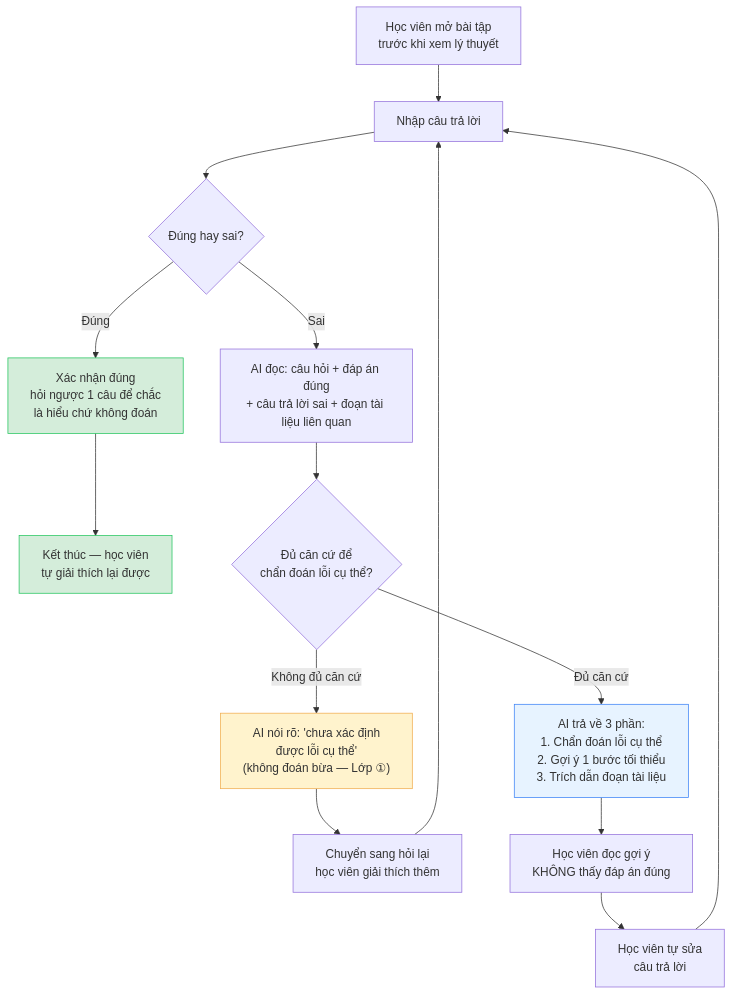
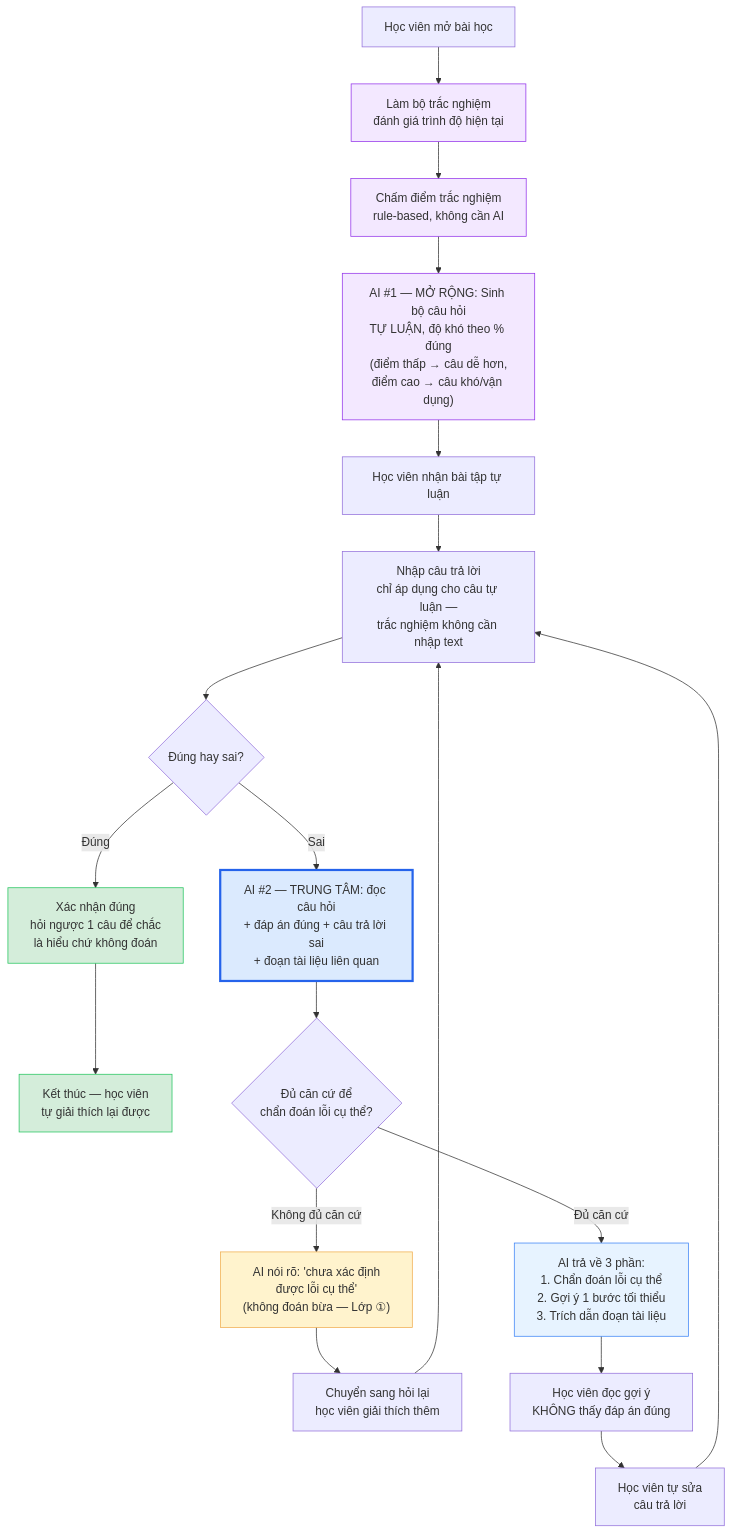
Before and after one commit to longka7/K4-3A-E403-4Idiots: the diagram in codebase/flow-diagram.md, drawn with Mermaid. The commit also changed other lines of this file and 1 other file, not shown here.

````diff
--- a/codebase/flow-diagram.md
+++ b/codebase/flow-diagram.md
@@ -7,25 +9,34 @@
 ```mermaid
 flowchart TD
-    A[Học viên mở bài tập<br/>trước khi xem lý thuyết] --> B[Nhập câu trả lời]
+    A0[Học viên mở bài học] --> A1[Làm bộ trắc nghiệm<br/>đánh giá trình độ hiện tại]
+    A1 --> A2[Chấm điểm trắc nghiệm<br/>rule-based, không cần AI]
+    A2 --> A3["AI #1 — MỞ RỘNG: Sinh bộ câu hỏi<br/>TỰ LUẬN, độ khó theo % đúng<br/>(điểm thấp → câu dễ hơn,<br/>điểm cao → câu khó/vận dụng)"]
+    A3 --> A[Học viên nhận bài tập tự luận]
+
+    A --> B[Nhập câu trả lời<br/>chỉ áp dụng cho câu tự luận —<br/>trắc nghiệm không cần nhập text]
     B --> C{Đúng hay sai?}
 
     C -->|Đúng| D[Xác nhận đúng<br/>hỏi ngược 1 câu để chắc<br/>là hiểu chứ không đoán]
     D --> Z[Kết thúc — học viên<br/>tự giải thích lại được]
 
-    C -->|Sai| E[AI đọc: câu hỏi + đáp án đúng<br/>+ câu trả lời sai + đoạn tài liệu liên quan]
+    C -->|Sai| E[AI #2 — TRUNG TÂM: đọc câu hỏi<br/>+ đáp án đúng + câu trả lời sai<br/>+ đoạn tài liệu liên quan]
     E --> F{Đủ căn cứ để<br/>chẩn đoán lỗi cụ thể?}
 
     F -->|Không đủ căn cứ| G["AI nói rõ: 'chưa xác định<br/>được lỗi cụ thể'<br/>(không đoán bừa — Lớp ①)"]
     G --> H[Chuyển sang hỏi lại<br/>học viên giải thích thêm]
     H --> B
 
     F -->|Đủ căn cứ| I[AI trả về 3 phần:<br/>1. Chẩn đoán lỗi cụ thể<br/>2. Gợi ý 1 bước tối thiểu<br/>3. Trích dẫn đoạn tài liệu]
     I --> J[Học viên đọc gợi ý<br/>KHÔNG thấy đáp án đúng]
     J --> K[Học viên tự sửa<br/>câu trả lời]
     K --> B
 
+    style A1 fill:#f3e8ff,stroke:#9333ea
+    style A2 fill:#f3e8ff,stroke:#9333ea
+    style A3 fill:#f3e8ff,stroke:#9333ea
+    style E fill:#dbeafe,stroke:#2563eb,stroke-width:3px
     style G fill:#fff3cd,stroke:#f0ad4e
     style I fill:#e7f3ff,stroke:#3b82f6
     style D fill:#d4edda,stroke:#22c55e
     style Z fill:#d4edda,stroke:#22c55e
 ```
````
